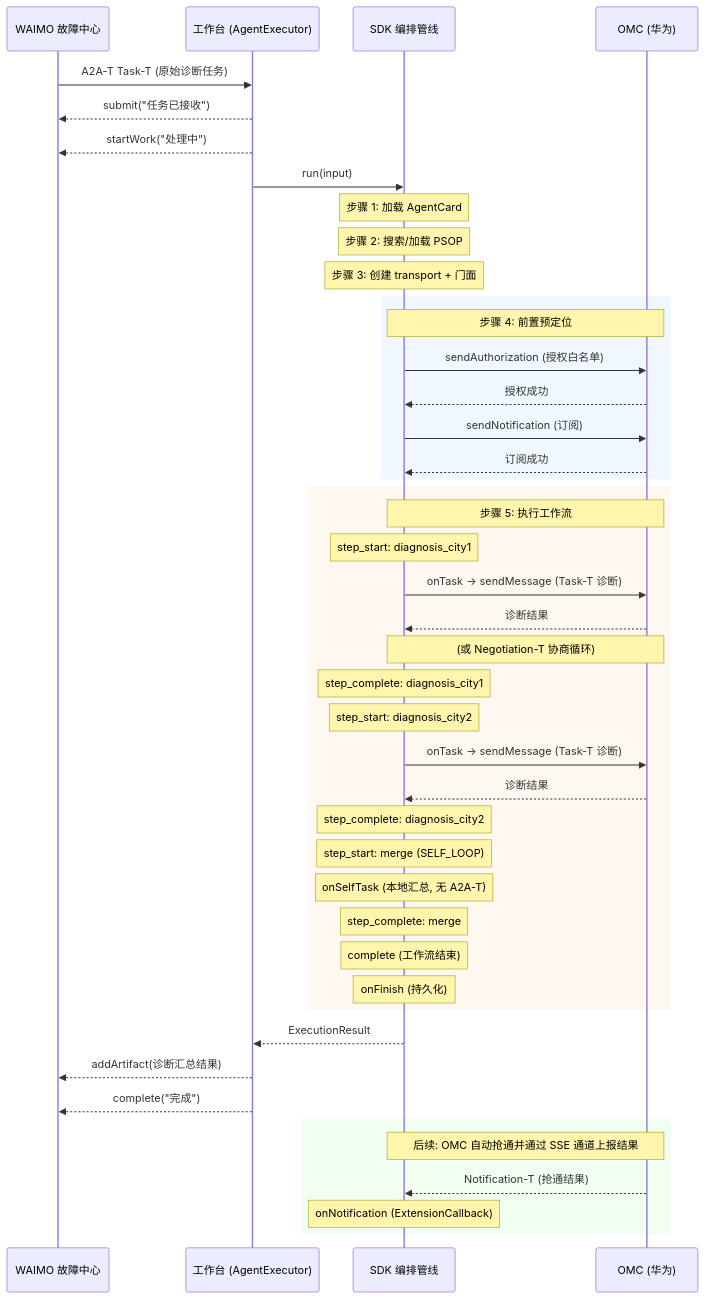
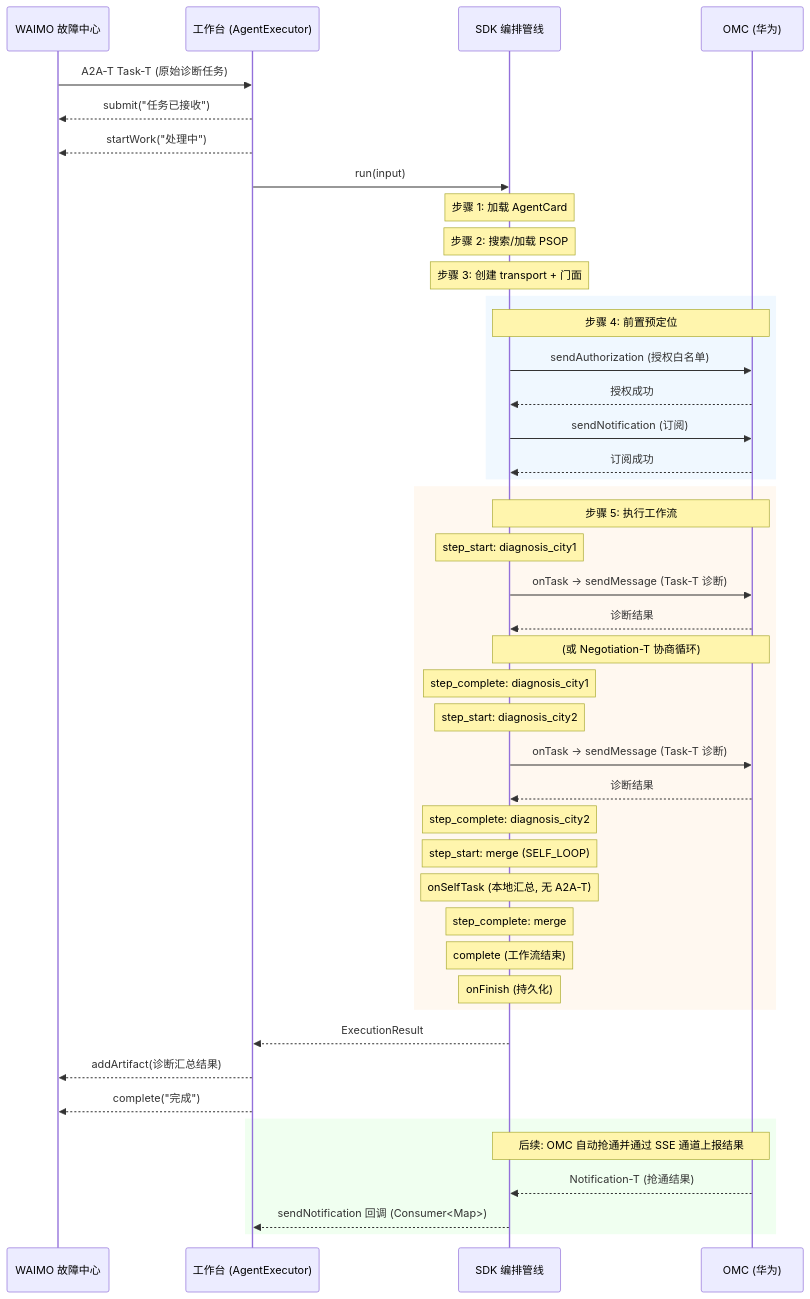
The fourth of 4 diagrams in docs/zh/工作台集成指南.md (project-openan/workflow-engine-sdk-java), drawn with Mermaid before and after one commit. The commit also changed other lines of this file, not shown here.

First line of the commit message:
docs: align integration guide with sendNotification SSE callback API

````diff
--- a/docs/zh/工作台集成指南.md
+++ b/docs/zh/工作台集成指南.md
@@ -653,58 +664,58 @@
 ```mermaid
 sequenceDiagram
     participant WAIMO as WAIMO 故障中心
     participant WB as 工作台 (AgentExecutor)
     participant SDK as SDK 编排管线
     participant OMC as OMC (华为)
 
     WAIMO->>WB: A2A-T Task-T (原始诊断任务)
     WB-->>WAIMO: submit("任务已接收")
     WB-->>WAIMO: startWork("处理中")
 
     WB->>SDK: run(input)
 
     Note over SDK: 步骤 1: 加载 AgentCard
     Note over SDK: 步骤 2: 搜索/加载 PSOP
     Note over SDK: 步骤 3: 创建 transport + 门面
 
     rect rgb(240, 248, 255)
     Note over SDK,OMC: 步骤 4: 前置预定位
     SDK->>OMC: sendAuthorization (授权白名单)
     OMC-->>SDK: 授权成功
     SDK->>OMC: sendNotification (订阅)
     OMC-->>SDK: 订阅成功
     end
 
     rect rgb(255, 248, 240)
     Note over SDK,OMC: 步骤 5: 执行工作流
 
     Note over SDK: step_start: diagnosis_city1
     SDK->>OMC: onTask -> sendMessage (Task-T 诊断)
     OMC-->>SDK: 诊断结果
     Note over SDK,OMC: (或 Negotiation-T 协商循环)
     Note over SDK: step_complete: diagnosis_city1
 
     Note over SDK: step_start: diagnosis_city2
     SDK->>OMC: onTask -> sendMessage (Task-T 诊断)
     OMC-->>SDK: 诊断结果
     Note over SDK: step_complete: diagnosis_city2
 
     Note over SDK: step_start: merge (SELF_LOOP)
     Note over SDK: onSelfTask (本地汇总, 无 A2A-T)
     Note over SDK: step_complete: merge
 
     Note over SDK: complete (工作流结束)
     Note over SDK: onFinish (持久化)
     end
 
     SDK-->>WB: ExecutionResult
 
     WB-->>WAIMO: addArtifact(诊断汇总结果)
     WB-->>WAIMO: complete("完成")
 
     rect rgb(240, 255, 240)
     Note over SDK,OMC: 后续: OMC 自动抢通并通过 SSE 通道上报结果
     OMC-->>SDK: Notification-T (抢通结果)
-    Note over SDK: onNotification (ExtensionCallback)
+    SDK-->>WB: sendNotification 回调 (Consumer<Map>)
     end
 ```
````
